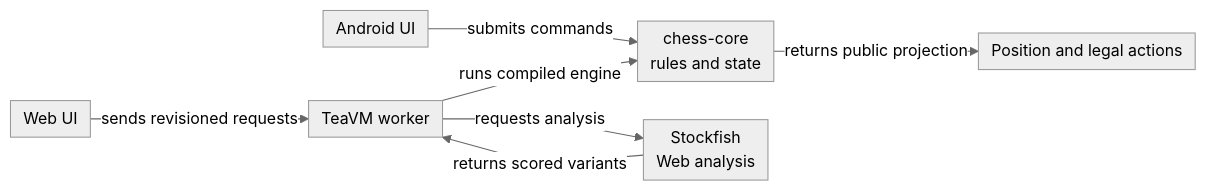
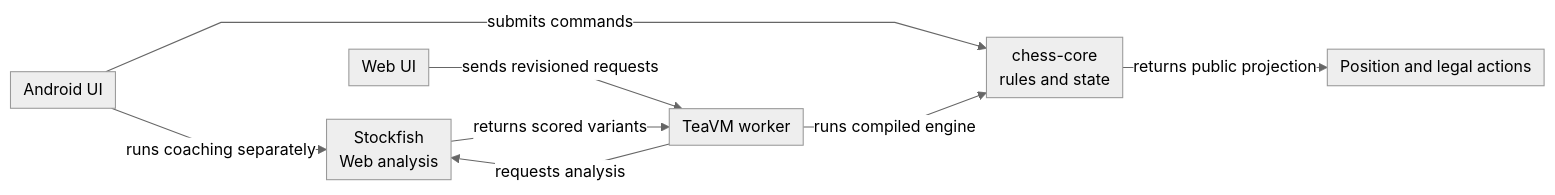
Before and after one commit to crististefanita/chess: the first of 3 diagrams in README.md, drawn with Mermaid. The commit also changed 1 other file, not shown here.

Commit message:
Document independent coaching and distinct MultiPV regression

````diff
--- a/README.md
+++ b/README.md
@@ -36,16 +36,17 @@
 ```mermaid
 %%{init: {"theme":"neutral","themeVariables":{"fontSize":"15px"},"themeCSS":".edgeLabel, .edgeLabel p { font-size: 12px !important; } .node rect { rx: 6px; ry: 6px; }","flowchart":{"curve":"linear","nodeSpacing":24,"rankSpacing":20,"padding":6},"sequence":{"mirrorActors":false,"messageMargin":24}}}%%
 flowchart LR
     Android["Android UI"]
     Web["Web UI"]
     Worker["TeaVM worker"]
     Engine["chess-core<br/>rules and state"]
     Stockfish["Stockfish<br/>Web analysis"]
     Projection["Position and legal actions"]
     Android -->|submits commands| Engine
+    Android -->|runs coaching separately| Stockfish
     Web -->|sends revisioned requests| Worker
     Worker -->|runs compiled engine| Engine
     Worker -->|requests analysis| Stockfish
     Stockfish -->|returns scored variants| Worker
     Engine -->|returns public projection| Projection
 ```
````
